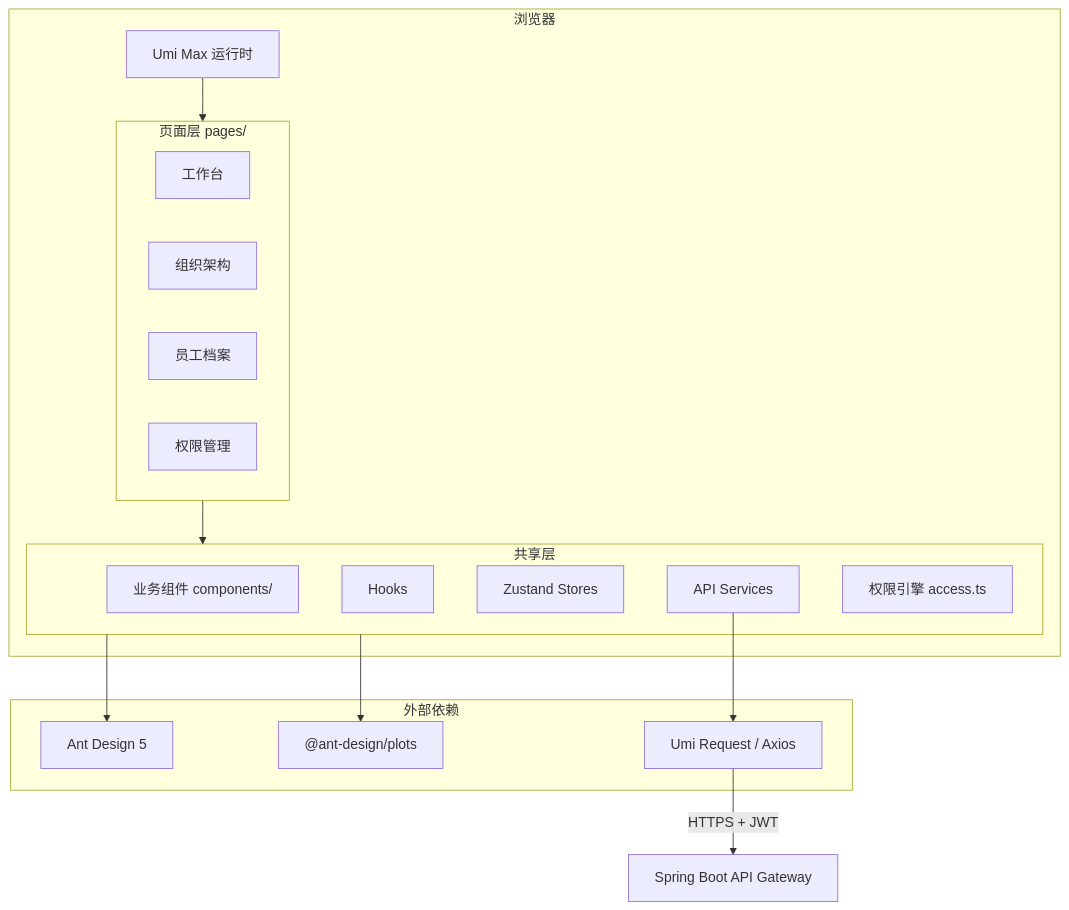
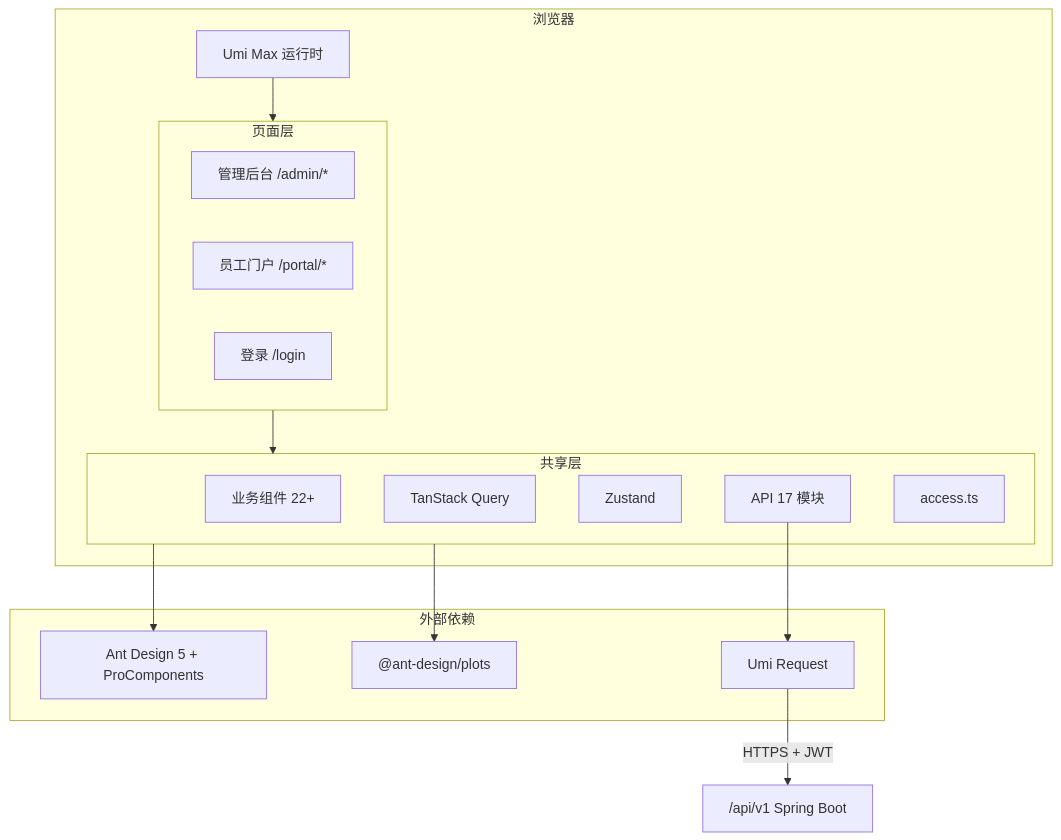
One commit to fwl623/hrmini changed the first of 2 diagrams in HRMS-Frontend-System-Design.md. Above: the diagram before and after it, drawn with Mermaid. The commit also changed other lines of this file and 47 other files, not shown here.

````diff
--- a/HRMS-Frontend-System-Design.md
+++ b/HRMS-Frontend-System-Design.md
@@ -985,32 +1160,28 @@
 ```mermaid
 graph TB
     subgraph Browser["浏览器"]
         UMI["Umi Max 运行时"]
-        subgraph Pages["页面层 pages/"]
-            WP["工作台"]
-            ORG["组织架构"]
-            EMP["员工档案"]
-            PERM["权限管理"]
+        subgraph Pages["页面层"]
+            ADMIN["管理后台 /admin/*"]
+            PORTAL["员工门户 /portal/*"]
+            LOGIN["登录 /login"]
         end
         subgraph Shared["共享层"]
-            COMP["业务组件 components/"]
-            HOOKS["Hooks"]
-            STORES["Zustand Stores"]
-            SERVICES["API Services"]
-            AUTH["权限引擎 access.ts"]
+            COMP["业务组件 22+"]
+            HOOKS["TanStack Query"]
+            STORES["Zustand"]
+            SERVICES["API 17 模块"]
+            AUTH["access.ts"]
         end
         UMI --> Pages
         Pages --> Shared
     end
-
     subgraph External["外部依赖"]
-        ANT["Ant Design 5"]
+        ANT["Ant Design 5 + ProComponents"]
         ANTV["@ant-design/plots"]
-        AXIOS["Umi Request / Axios"]
+        AXIOS["Umi Request"]
     end
-
-    Shared --> ANT
-    Shared --> ANTV
+    Shared --> ANT & ANTV
     SERVICES --> AXIOS
-    AXIOS -->|"HTTPS + JWT"| API["Spring Boot API Gateway"]
+    AXIOS -->|"HTTPS + JWT"| API["/api/v1 Spring Boot"]
 ```
````
